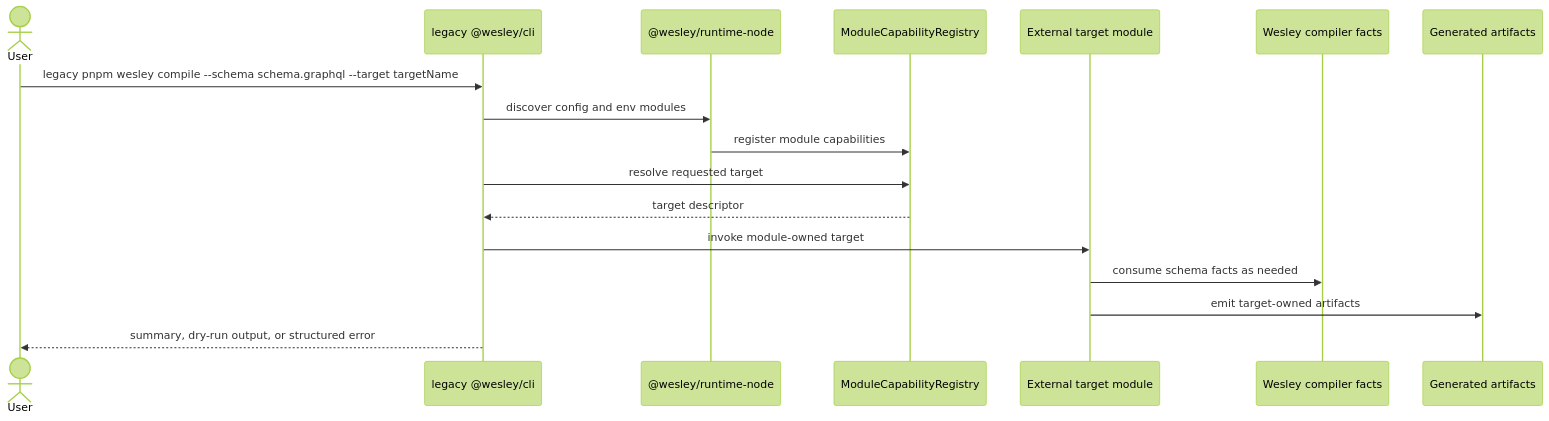
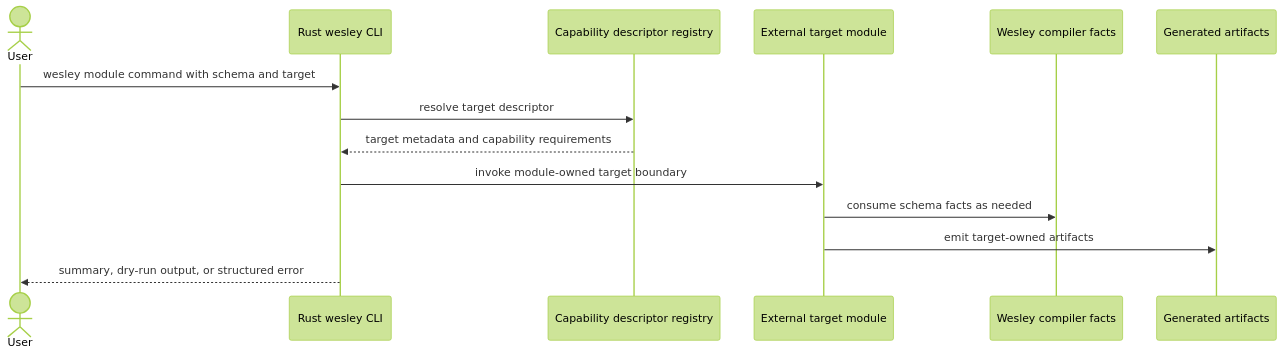
Diagram 15 of 24 in docs/END_TO_END.md (flyingrobots/wesley), drawn with Mermaid (forest theme) before and after one commit. The commit also changed other lines of this file and 364 other files, not shown here.

Commit message:
feat(node-retirement): close legacy Node compiler surface

````diff
--- a/docs/END_TO_END.md
+++ b/docs/END_TO_END.md
@@ -689,20 +684,17 @@
 ```mermaid
 sequenceDiagram
     actor User
-    participant CLI as legacy @wesley/cli
-    participant Loader as @wesley/runtime-node
-    participant Registry as ModuleCapabilityRegistry
+    participant CLI as Rust wesley CLI
+    participant Registry as Capability descriptor registry
     participant Module as External target module
     participant Core as Wesley compiler facts
     participant Out as Generated artifacts
 
-    User->>CLI: legacy pnpm wesley compile --schema schema.graphql --target targetName
-    CLI->>Loader: discover config and env modules
-    Loader->>Registry: register module capabilities
-    CLI->>Registry: resolve requested target
-    Registry-->>CLI: target descriptor
-    CLI->>Module: invoke module-owned target
+    User->>CLI: wesley module command with schema and target
+    CLI->>Registry: resolve target descriptor
+    Registry-->>CLI: target metadata and capability requirements
+    CLI->>Module: invoke module-owned target boundary
     Module->>Core: consume schema facts as needed
     Module->>Out: emit target-owned artifacts
     CLI-->>User: summary, dry-run output, or structured error
 ```
````
